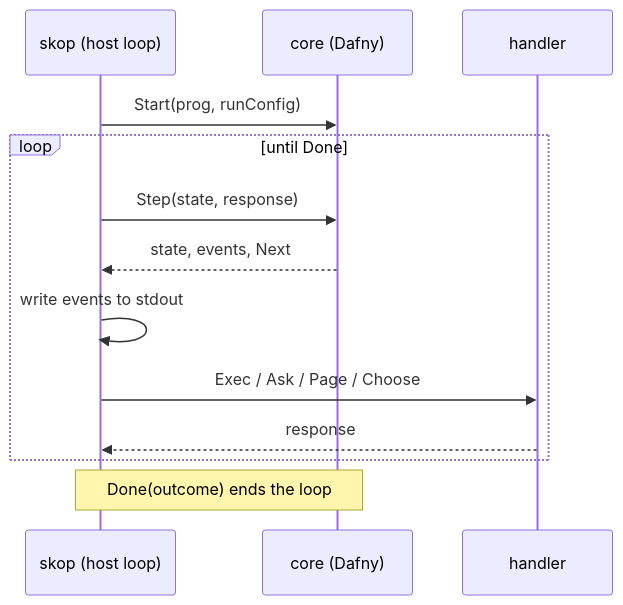
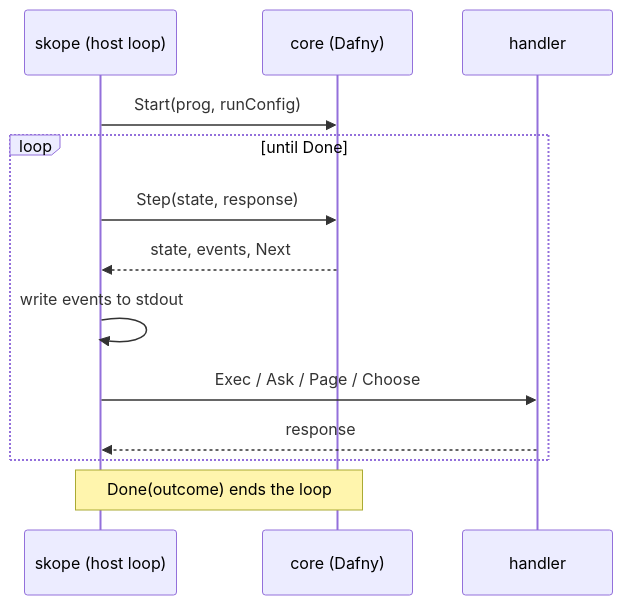
One commit to mattyv/skope changed the third of 7 diagrams in SPEC.md. Above: the diagram before and after it, drawn with Mermaid. The commit also changed other lines of this file and 113 other files, not shown here.

````diff
--- a/SPEC.md
+++ b/SPEC.md
@@ -688,15 +690,15 @@
 ```mermaid
 sequenceDiagram
-  participant S as skop (host loop)
+  participant S as skope (host loop)
   participant C as core (Dafny)
   participant H as handler
   S->>C: Start(prog, runConfig)
   loop until Done
     S->>C: Step(state, response)
     C-->>S: state, events, Next
     S->>S: write events to stdout
     S->>H: Exec / Ask / Page / Choose
     H-->>S: response
   end
   Note over S,C: Done(outcome) ends the loop
 ```
````
